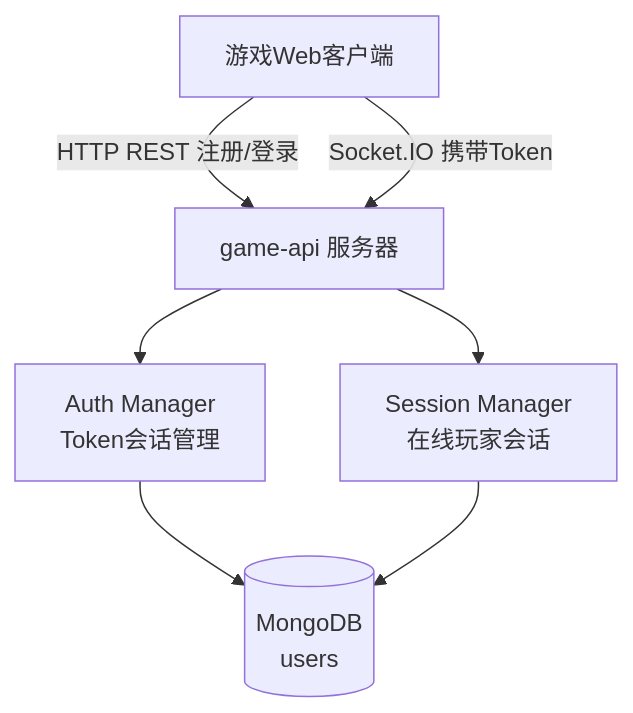
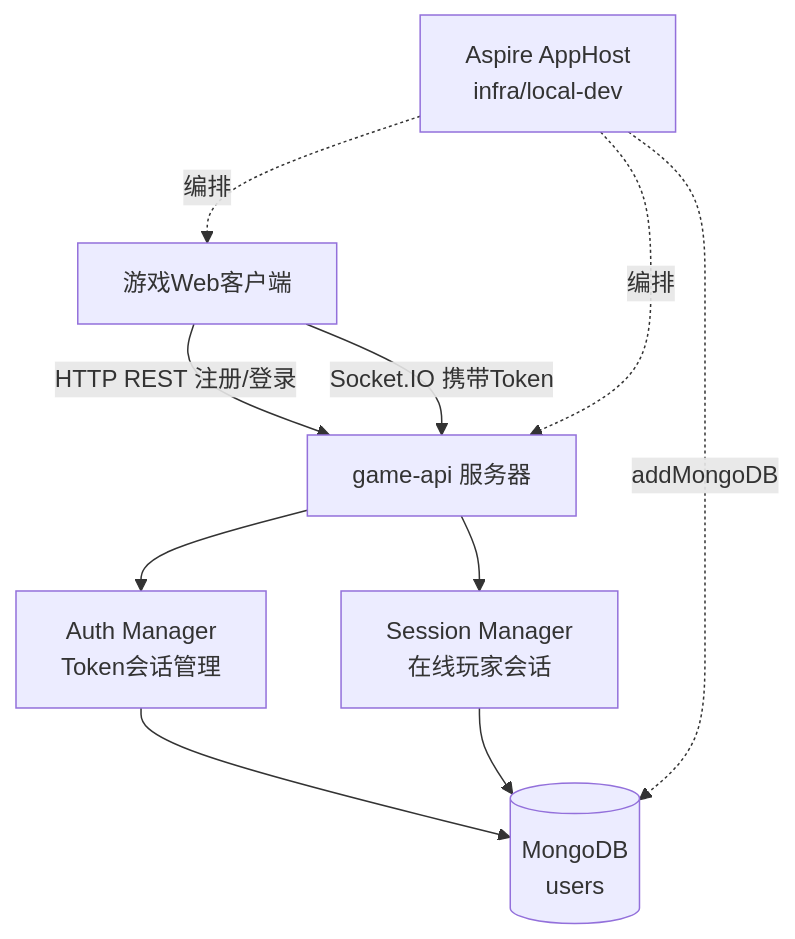
Before and after one commit to Deliay/minefield-online: the first of 4 diagrams in docs/engineering/proposals/20260810-user-login-proposal.md, drawn with Mermaid. The commit also changed other lines of this file, not shown here.

Commit message:
docs: orchestrate mongodb via aspire apphost instead of docker-compose

````diff
--- a/docs/engineering/proposals/20260810-user-login-proposal.md
+++ b/docs/engineering/proposals/20260810-user-login-proposal.md
@@ -32,9 +32,12 @@
 ```mermaid
 graph TD
     A[游戏Web客户端] -->|HTTP REST 注册/登录| B[game-api 服务器]
     A -->|Socket.IO 携带Token| B
     B --> C[Auth Manager<br/>Token会话管理]
     B --> D[Session Manager<br/>在线玩家会话]
     C --> E[(MongoDB<br/>users)]
     D --> E
+    H[Aspire AppHost<br/>infra/local-dev] -.编排.-> B
+    H -.编排.-> A
+    H -.addMongoDB.-> E
 ```
````
